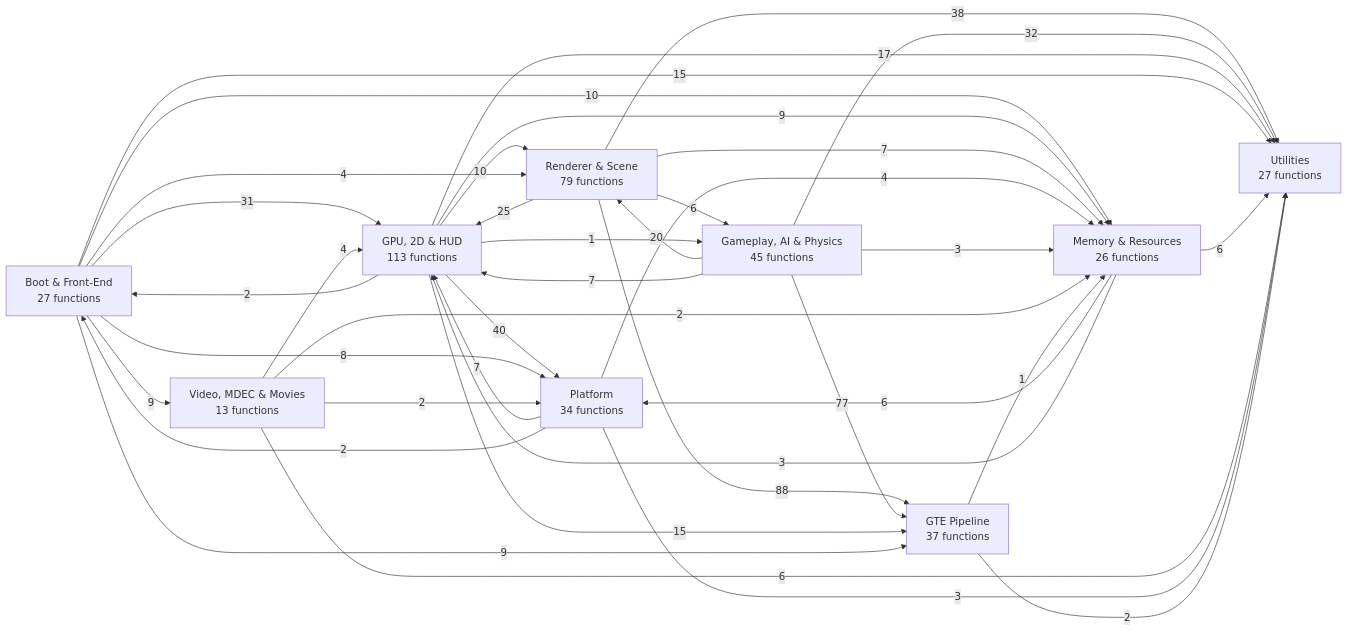
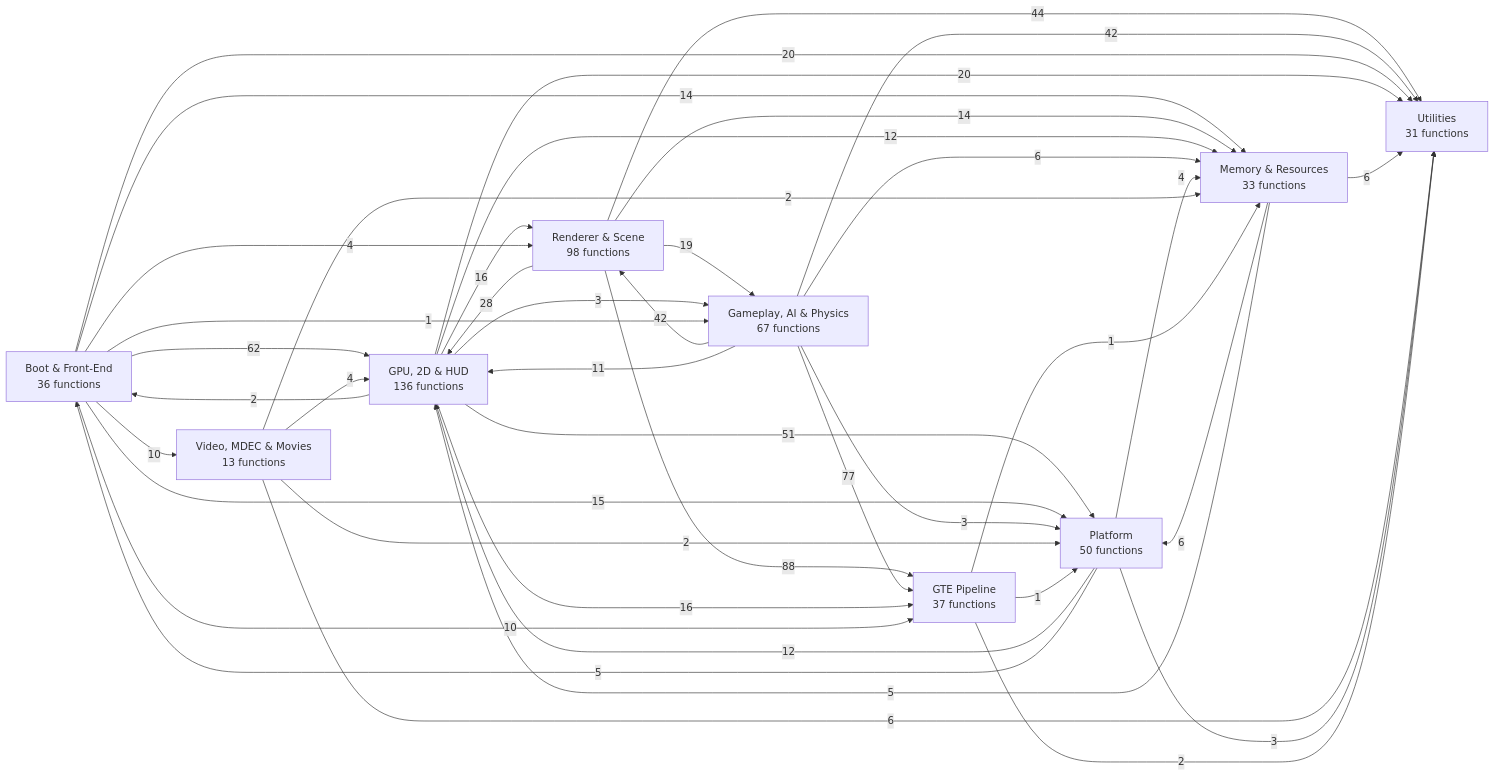
Before and after one commit to kai-luni/Future-Cop-L.A.P.D-PS1: the first of 11 diagrams in docs/FUNCTION_MAP.md, drawn with Mermaid. The commit also changed other lines of this file, not shown here.

````diff
--- a/docs/FUNCTION_MAP.md
+++ b/docs/FUNCTION_MAP.md
@@ -13,49 +13,52 @@
 ```mermaid
 graph LR
-    g0["Boot & Front-End<br/>27 functions"]
-    g1["Memory & Resources<br/>26 functions"]
+    g0["Boot & Front-End<br/>36 functions"]
+    g1["Memory & Resources<br/>33 functions"]
     g2["Video, MDEC & Movies<br/>13 functions"]
     g3["GTE Pipeline<br/>37 functions"]
-    g4["Renderer & Scene<br/>79 functions"]
-    g5["GPU, 2D & HUD<br/>113 functions"]
-    g6["Gameplay, AI & Physics<br/>45 functions"]
-    g7["Platform<br/>34 functions"]
-    g8["Utilities<br/>27 functions"]
+    g4["Renderer & Scene<br/>98 functions"]
+    g5["GPU, 2D & HUD<br/>136 functions"]
+    g6["Gameplay, AI & Physics<br/>67 functions"]
+    g7["Platform<br/>50 functions"]
+    g8["Utilities<br/>31 functions"]
     g4 -->|88| g3
     g6 -->|77| g3
-    g5 -->|40| g7
-    g4 -->|38| g8
-    g6 -->|32| g8
-    g0 -->|31| g5
-    g4 -->|25| g5
-    g6 -->|20| g4
-    g5 -->|17| g8
-    g0 -->|15| g8
-    g5 -->|15| g3
-    g0 -->|10| g1
-    g5 -->|10| g4
-    g0 -->|9| g3
-    g0 -->|9| g2
-    g5 -->|9| g1
-    g0 -->|8| g7
-    g6 -->|7| g5
-    g7 -->|7| g5
-    g4 -->|7| g1
+    g0 -->|62| g5
+    g5 -->|51| g7
+    g4 -->|44| g8
+    g6 -->|42| g4
+    g6 -->|42| g8
+    g4 -->|28| g5
+    g0 -->|20| g8
+    g5 -->|20| g8
+    g4 -->|19| g6
+    g5 -->|16| g3
+    g5 -->|16| g4
+    g0 -->|15| g7
+    g0 -->|14| g1
+    g4 -->|14| g1
+    g5 -->|12| g1
+    g7 -->|12| g5
+    g6 -->|11| g5
+    g0 -->|10| g3
+    g0 -->|10| g2
+    g6 -->|6| g1
     g1 -->|6| g7
     g1 -->|6| g8
-    g4 -->|6| g6
     g2 -->|6| g8
+    g1 -->|5| g5
+    g7 -->|5| g0
     g0 -->|4| g4
     g7 -->|4| g1
     g2 -->|4| g5
-    g6 -->|3| g1
-    g1 -->|3| g5
+    g5 -->|3| g6
+    g6 -->|3| g7
     g7 -->|3| g8
     g5 -->|2| g0
     g3 -->|2| g8
-    g7 -->|2| g0
     g2 -->|2| g1
     g2 -->|2| g7
-    g5 -->|1| g6
+    g0 -->|1| g6
     g3 -->|1| g1
+    g3 -->|1| g7
 ```
````
